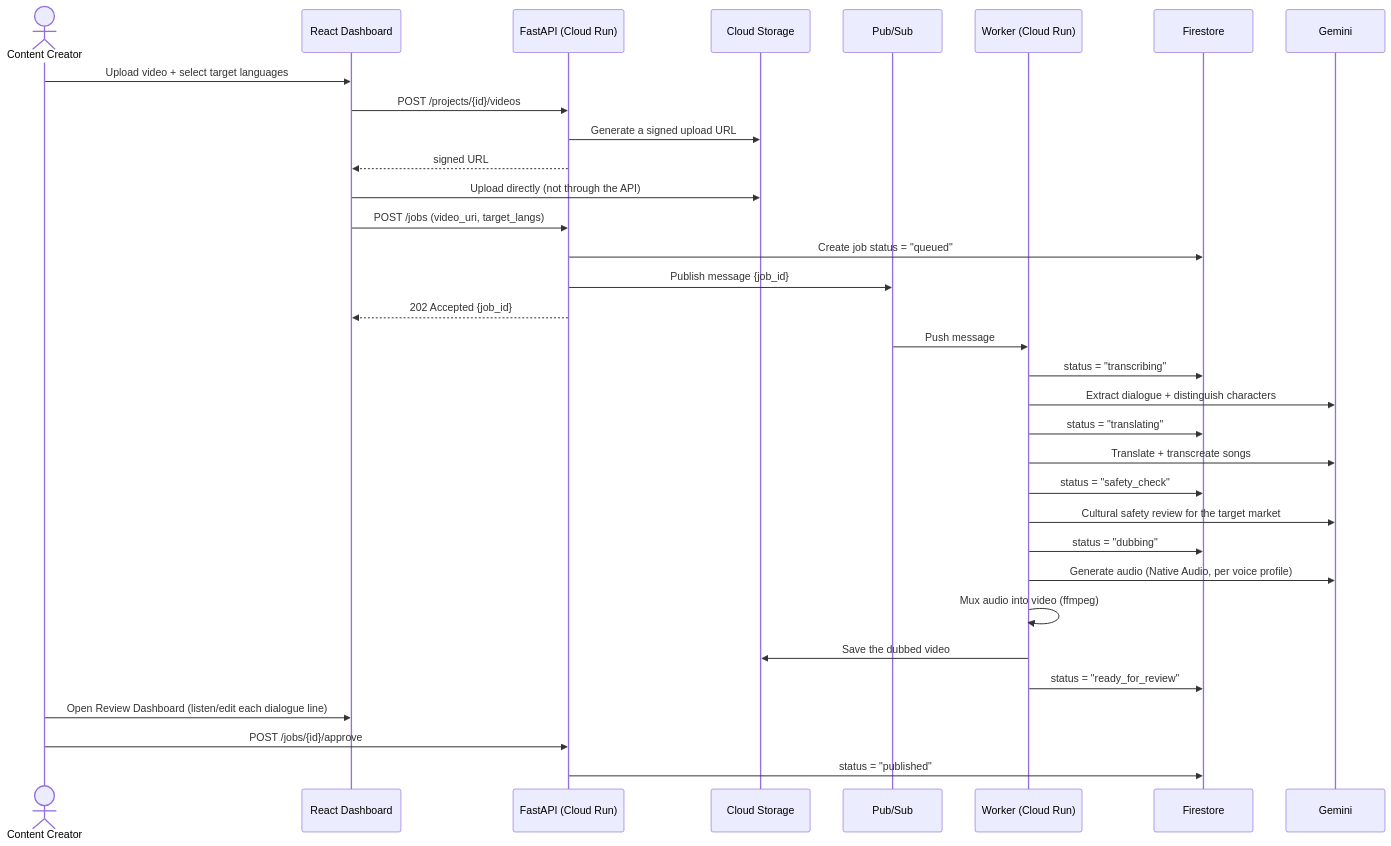
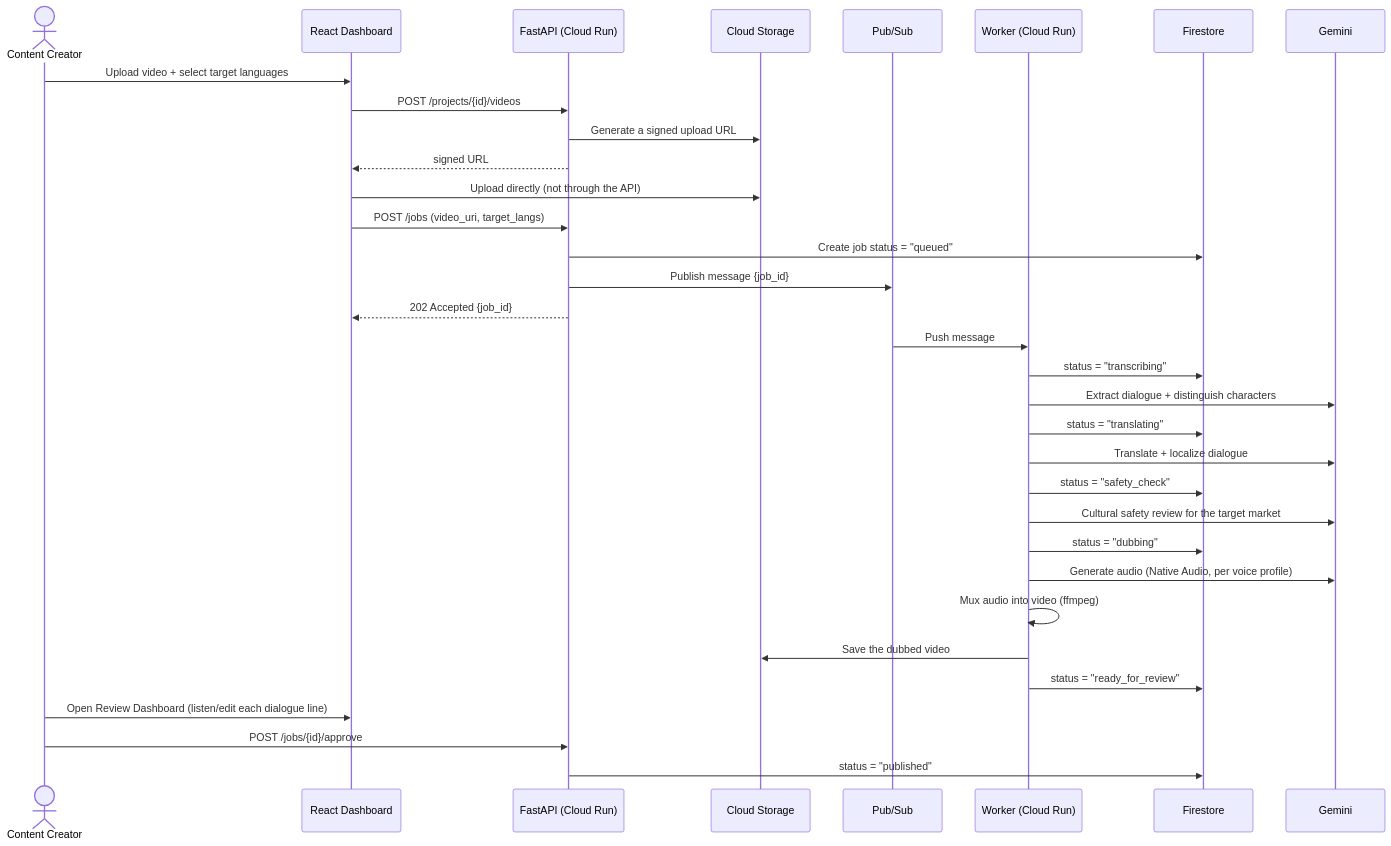
Before and after one commit to datnguyentien0401/xivi-dubbing-video: the second of 4 diagrams in docs/architecture.md, drawn with Mermaid. The commit also changed 7 other files, not shown here.

````diff
--- a/docs/architecture.md
+++ b/docs/architecture.md
@@ -58,38 +58,38 @@
 ```mermaid
 sequenceDiagram
     actor Creator as Content Creator
     participant UI as React Dashboard
     participant API as FastAPI (Cloud Run)
     participant GCS as Cloud Storage
     participant PS as Pub/Sub
     participant Worker as Worker (Cloud Run)
     participant FS as Firestore
     participant Gemini
 
     Creator->>UI: Upload video + select target languages
     UI->>API: POST /projects/{id}/videos
     API->>GCS: Generate a signed upload URL
     API-->>UI: signed URL
     UI->>GCS: Upload directly (not through the API)
     UI->>API: POST /jobs (video_uri, target_langs)
     API->>FS: Create job status = "queued"
     API->>PS: Publish message {job_id}
     API-->>UI: 202 Accepted {job_id}
 
     PS->>Worker: Push message
     Worker->>FS: status = "transcribing"
     Worker->>Gemini: Extract dialogue + distinguish characters
     Worker->>FS: status = "translating"
-    Worker->>Gemini: Translate + transcreate songs
+    Worker->>Gemini: Translate + localize dialogue
     Worker->>FS: status = "safety_check"
     Worker->>Gemini: Cultural safety review for the target market
     Worker->>FS: status = "dubbing"
     Worker->>Gemini: Generate audio (Native Audio, per voice profile)
     Worker->>Worker: Mux audio into video (ffmpeg)
     Worker->>GCS: Save the dubbed video
     Worker->>FS: status = "ready_for_review"
 
     Creator->>UI: Open Review Dashboard (listen/edit each dialogue line)
     Creator->>API: POST /jobs/{id}/approve
     API->>FS: status = "published"
 ```
````
